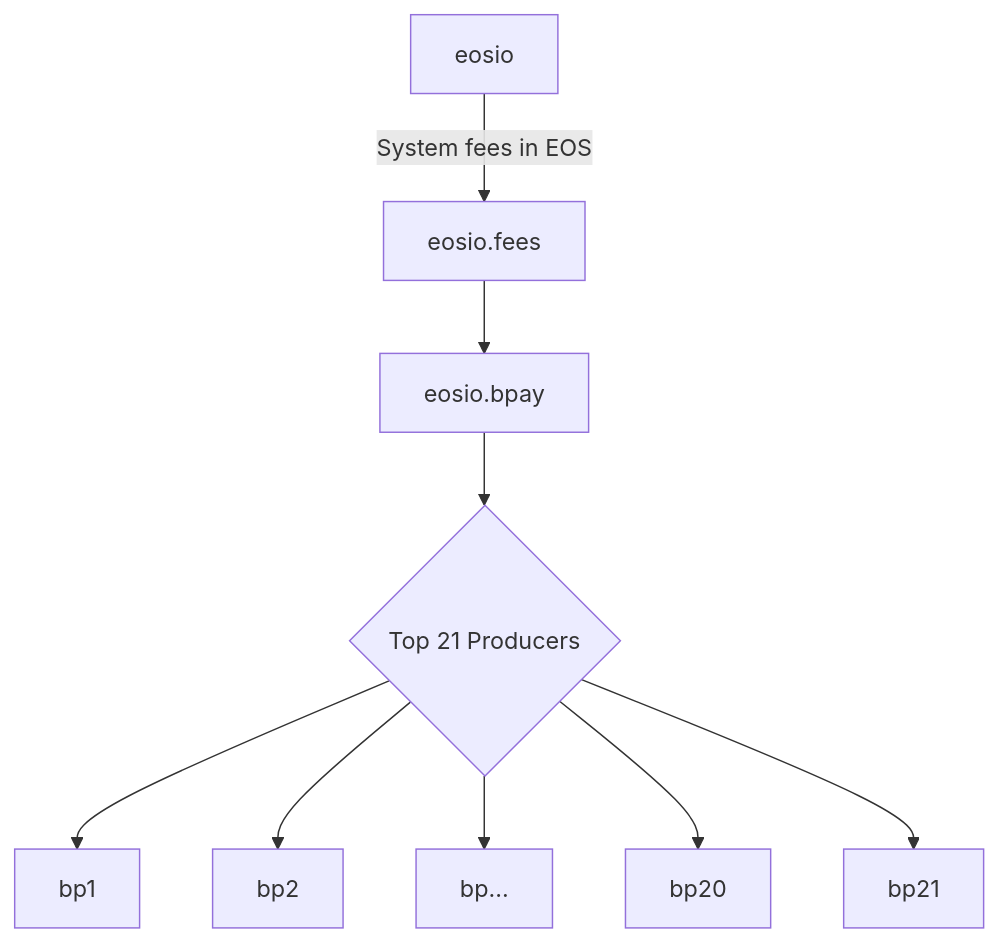
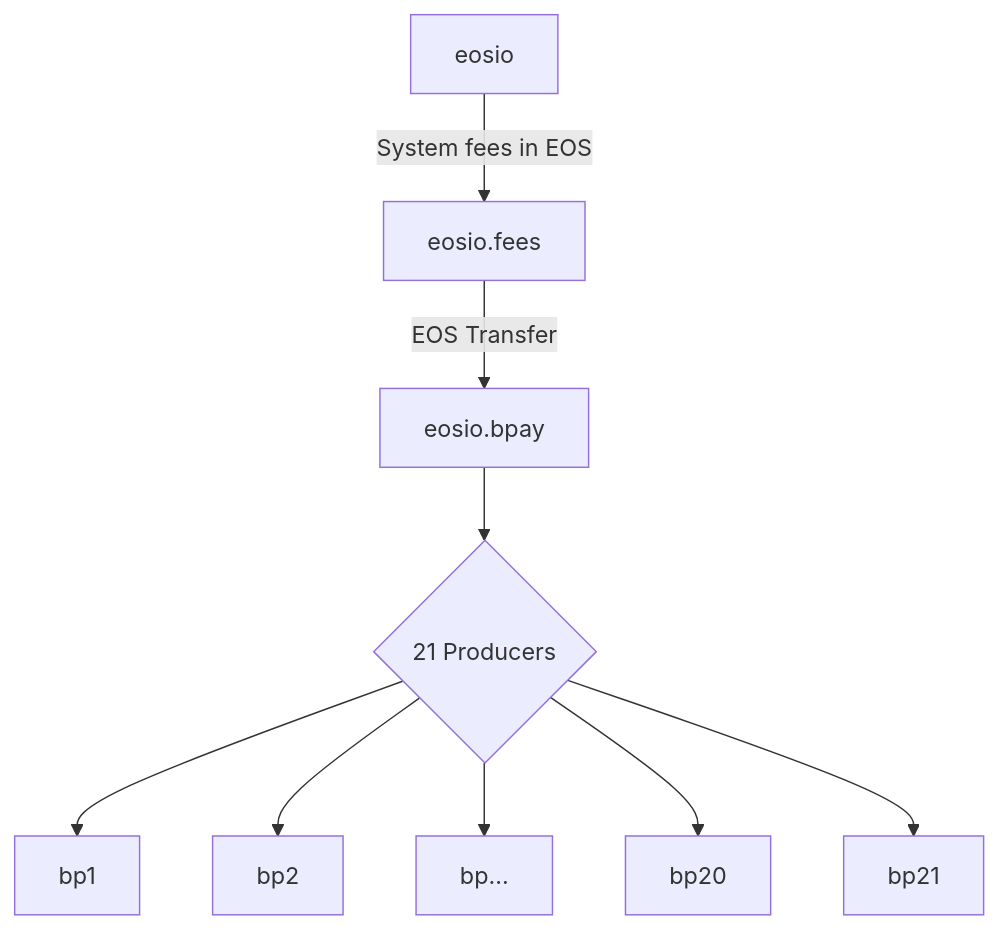
One commit to eosnetworkfoundation/eosio.bpay changed the diagram in README.md. Above: the diagram before and after it, drawn with Mermaid.

Commit message:
update diagram

````diff
--- a/README.md
+++ b/README.md
@@ -7,11 +7,11 @@
 ```mermaid
 graph TD
     eosio --> |System fees in EOS| eosio.fees
-    eosio.fees --> eosio.bpay
-    eosio.bpay --> top{Top 21 Producers}
+    eosio.fees --> |EOS Transfer| eosio.bpay
+    eosio.bpay --> top{21 Producers}
     top --> bp1
     top --> bp2
     top --> bp...
     top --> bp20
     top --> bp21
 ```
````
